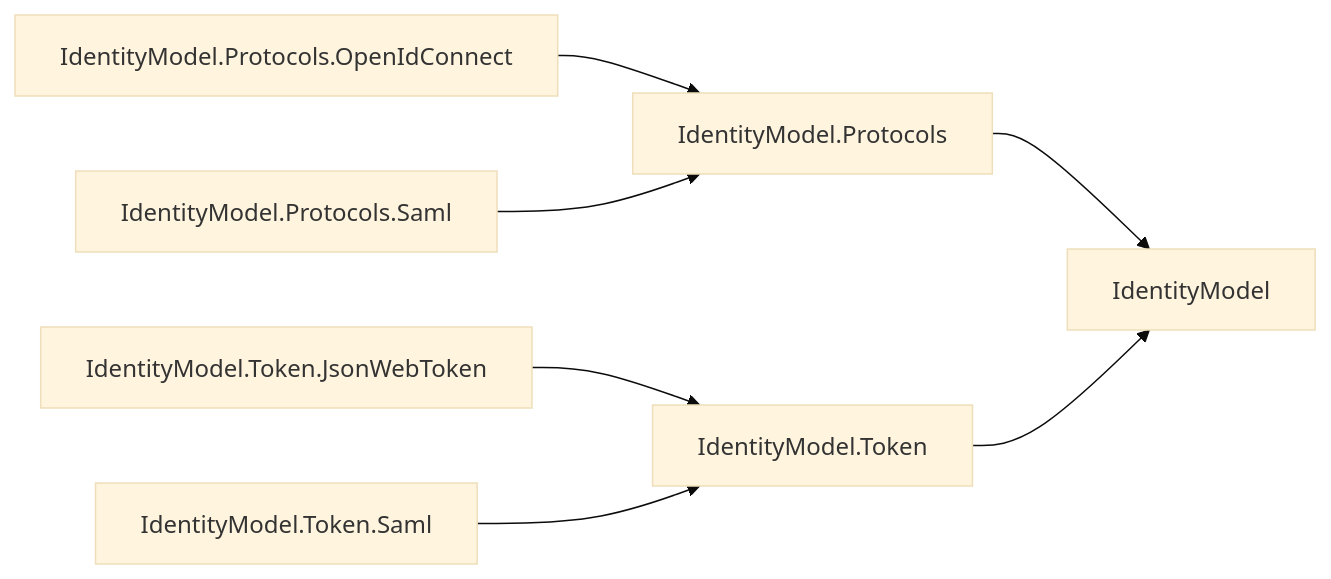
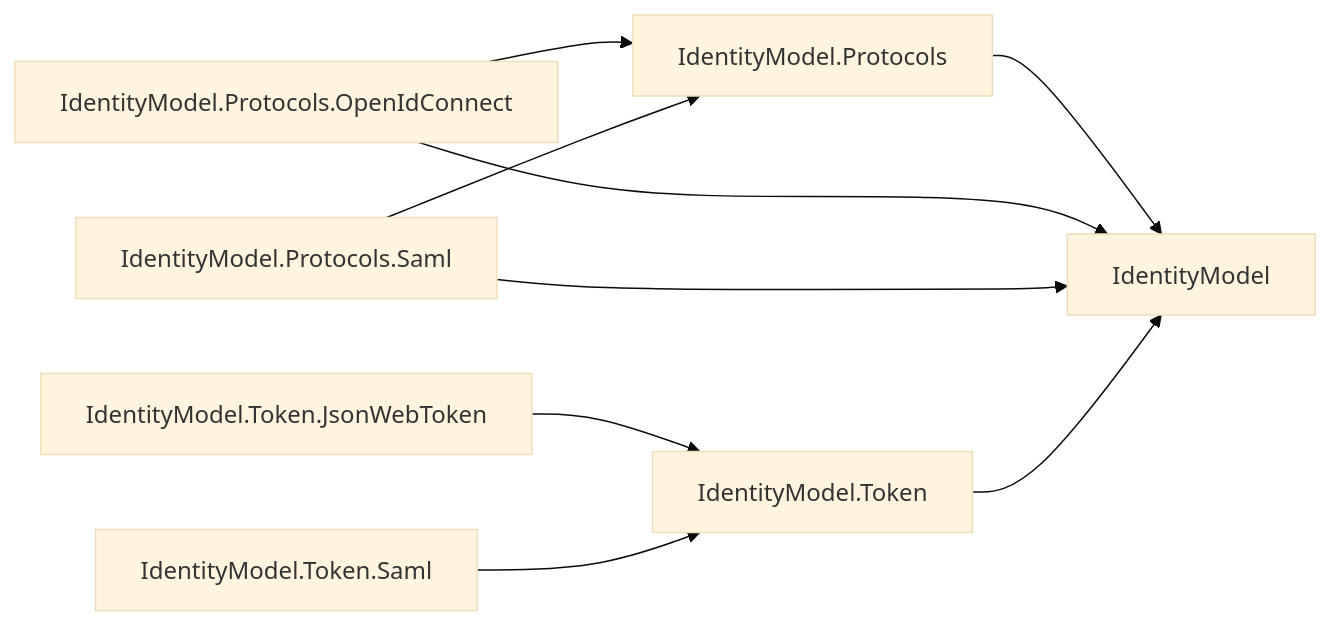
Before and after one commit to assimalign/cohesion: the tenth of 29 diagrams in docs/DEPENDENCIES.md, drawn with Mermaid (base theme). The commit also changed other lines of this file and 122 other files, not shown here.

````diff
--- a/docs/DEPENDENCIES.md
+++ b/docs/DEPENDENCIES.md
@@ -444,16 +452,18 @@
 ```mermaid
 flowchart LR
     N0["IdentityModel"]
     N1["IdentityModel.Protocols"]
     N2["IdentityModel.Protocols.OpenIdConnect"]
     N3["IdentityModel.Protocols.Saml"]
     N4["IdentityModel.Token"]
     N5["IdentityModel.Token.JsonWebToken"]
     N6["IdentityModel.Token.Saml"]
     N1 --> N0
+    N2 --> N0
     N2 --> N1
+    N3 --> N0
     N3 --> N1
     N4 --> N0
     N5 --> N4
     N6 --> N4
 ```
````
